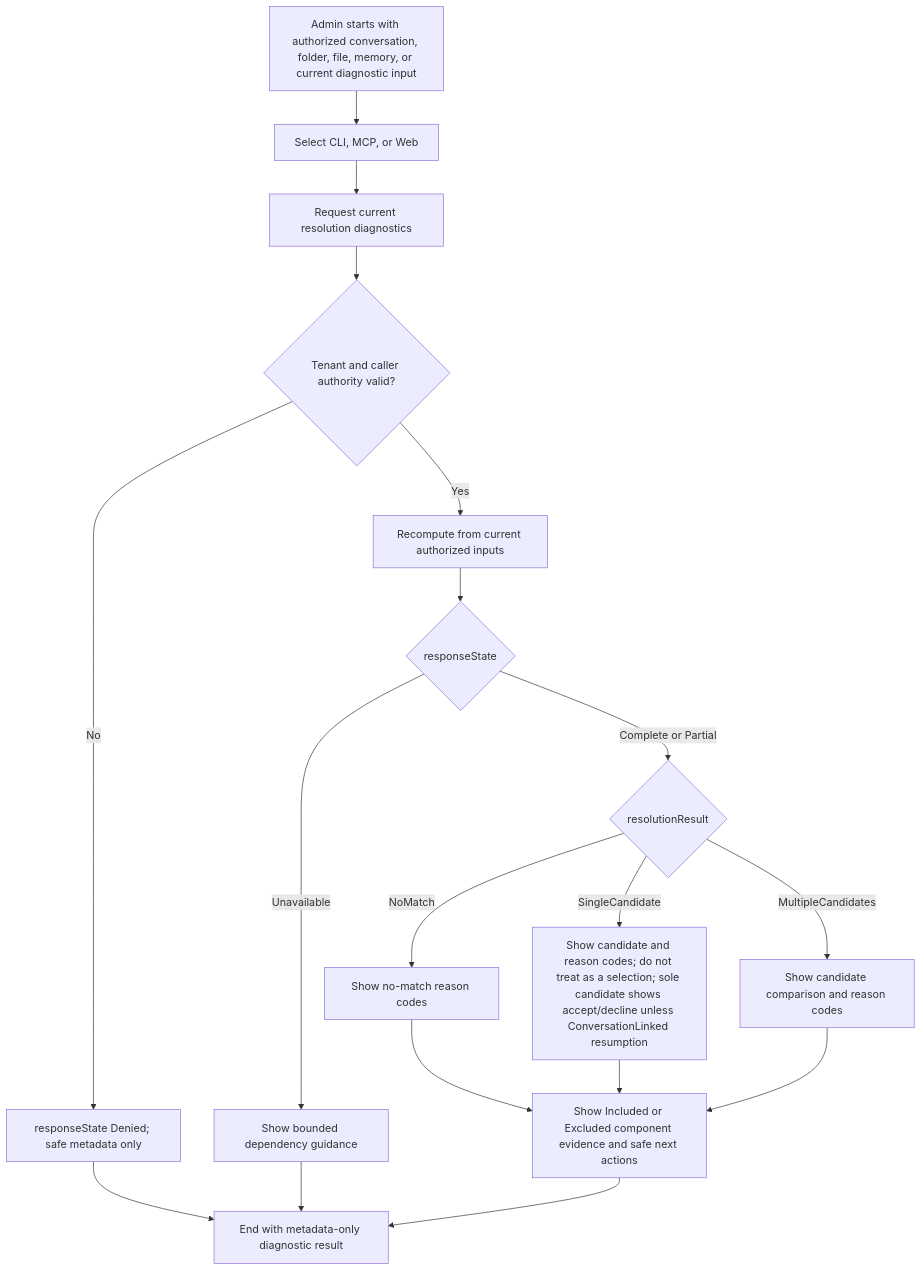
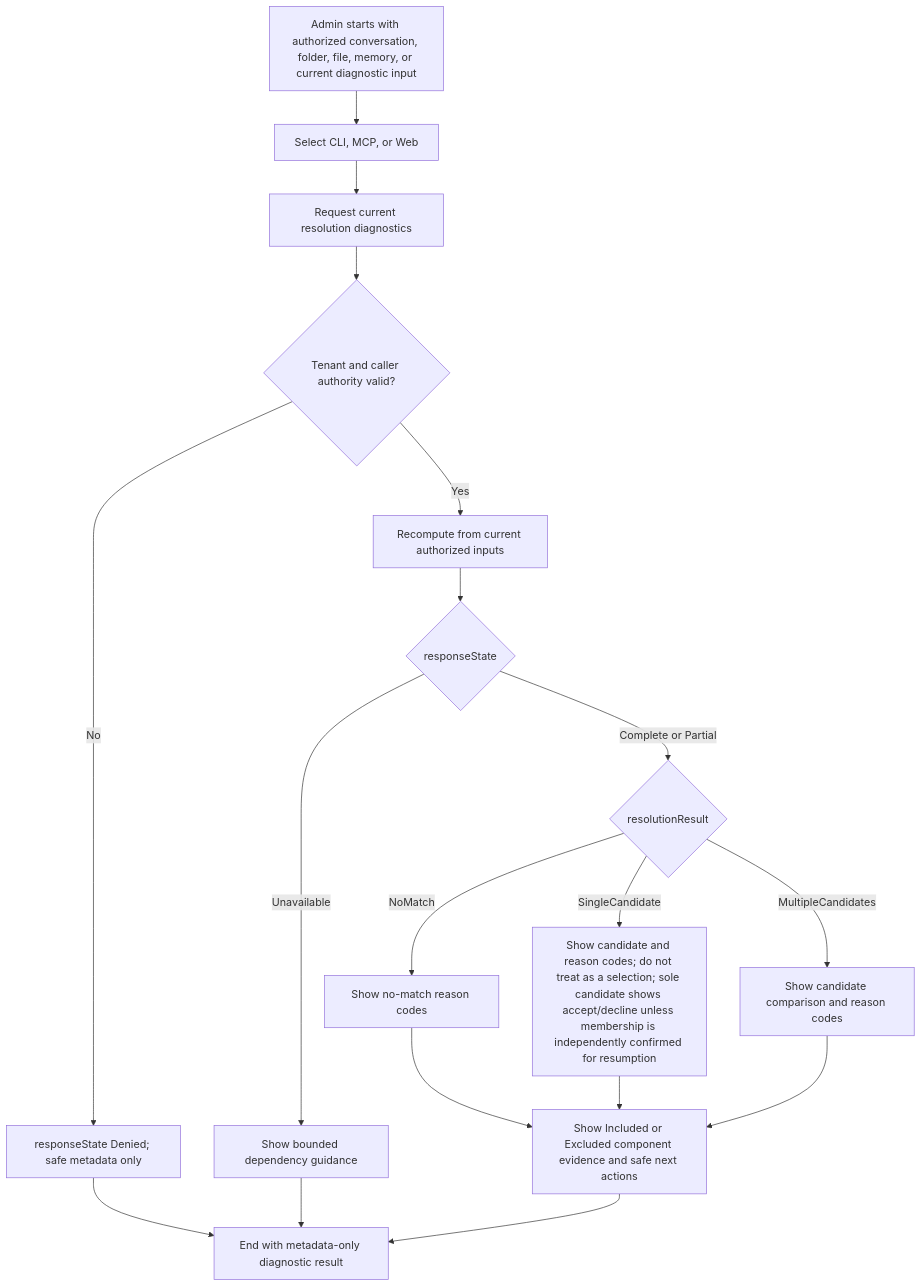
One commit to Hexalith/Hexalith.Projects changed the first of 3 diagrams in _bmad-output/planning-artifacts/ux-design-specification.md. Above: the diagram before and after it, drawn with Mermaid. The commit also changed other lines of this file and 78 other files, not shown here.

````diff
--- a/_bmad-output/planning-artifacts/ux-design-specification.md
+++ b/_bmad-output/planning-artifacts/ux-design-specification.md
@@ -591,20 +591,20 @@
 ```mermaid
 flowchart TD
     A[Admin starts with authorized conversation, folder, file, memory, or current diagnostic input] --> B[Select CLI, MCP, or Web]
     B --> C[Request current resolution diagnostics]
     C --> D{Tenant and caller authority valid?}
     D -- No --> E[responseState Denied; safe metadata only]
     D -- Yes --> F[Recompute from current authorized inputs]
     F --> G{responseState}
     G -- Unavailable --> H[Show bounded dependency guidance]
     G -- Complete or Partial --> I{resolutionResult}
     I -- NoMatch --> J[Show no-match reason codes]
-    I -- SingleCandidate --> K[Show candidate and reason codes; do not treat as a selection; sole candidate shows accept/decline unless ConversationLinked resumption]
+    I -- SingleCandidate --> K[Show candidate and reason codes; do not treat as a selection; sole candidate shows accept/decline unless membership is independently confirmed for resumption]
     I -- MultipleCandidates --> L[Show candidate comparison and reason codes]
     J --> M[Show Included or Excluded component evidence and safe next actions]
     K --> M
     L --> M
     E --> N[End with metadata-only diagnostic result]
     H --> N
     M --> N
 ```
````
